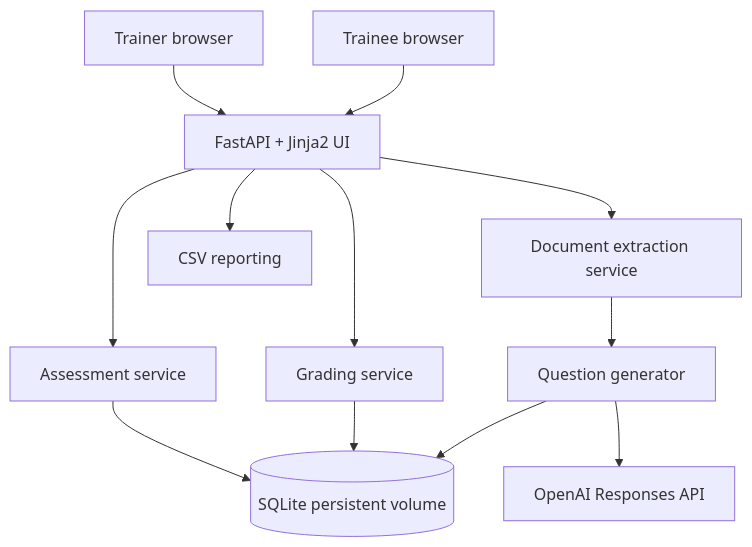
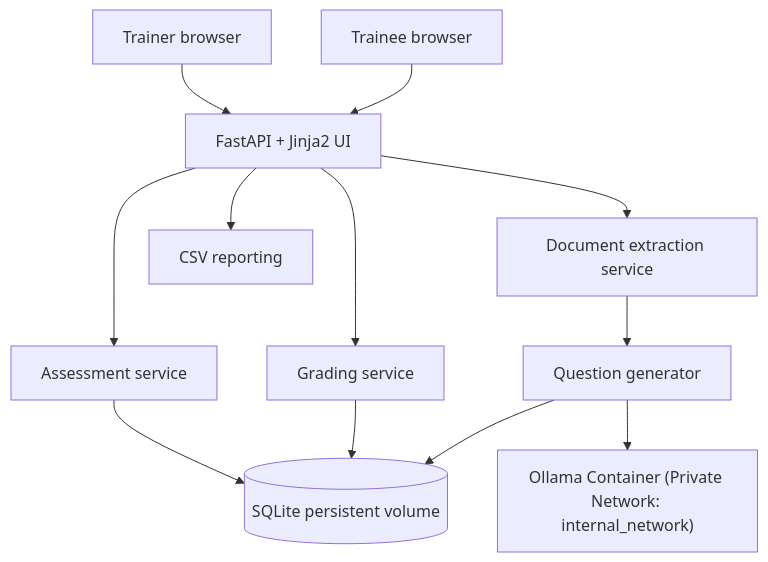
Before and after one commit to Vimal1593/assesment-agent: the diagram in README.md, drawn with Mermaid. The commit also changed other lines of this file and 8 other files, not shown here.

````diff
--- a/README.md
+++ b/README.md
@@ -190,14 +239,14 @@
 ```mermaid
 flowchart TD
     T[Trainer browser] --> W[FastAPI + Jinja2 UI]
     S[Trainee browser] --> W
     W --> A[Assessment service]
     W --> D[Document extraction service]
     W --> G[Grading service]
     A --> DB[(SQLite persistent volume)]
     G --> DB
     D --> Q[Question generator]
-    Q --> O[OpenAI Responses API]
+    Q --> O["Ollama Container (Private Network: internal_network)"]
     Q --> DB
     W --> R[CSV reporting]
 ```
````
